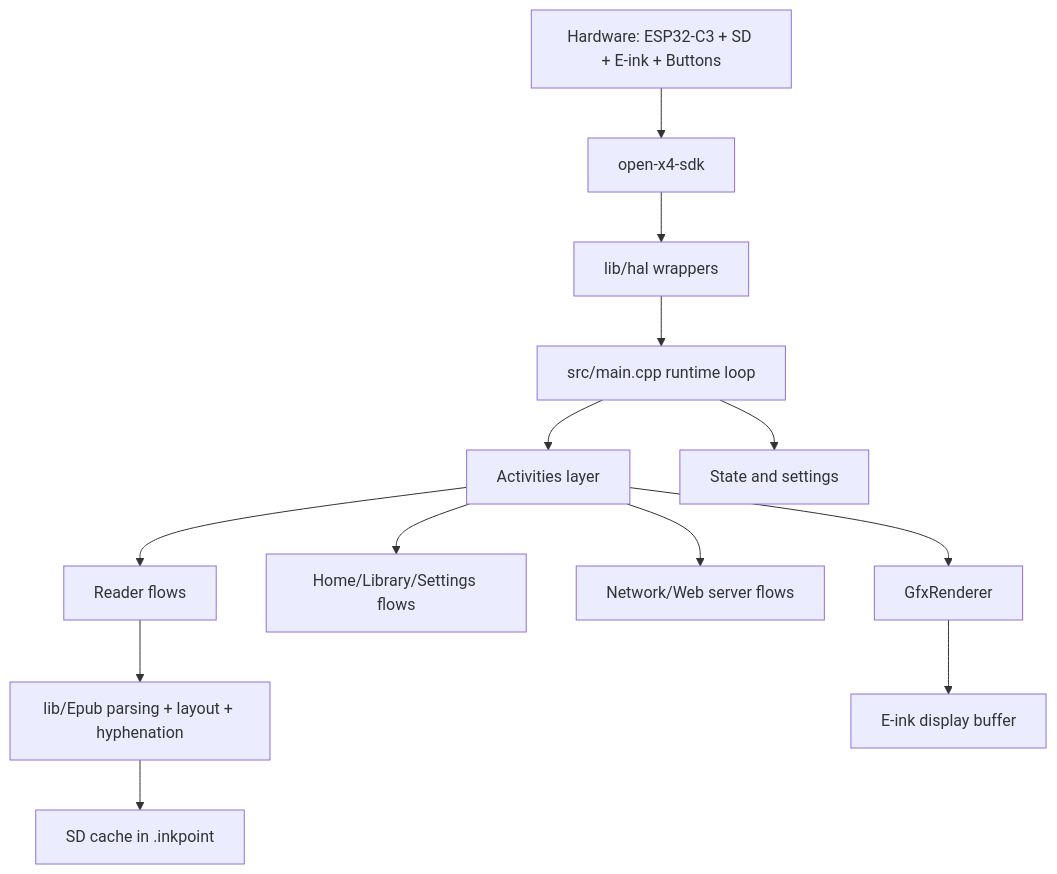
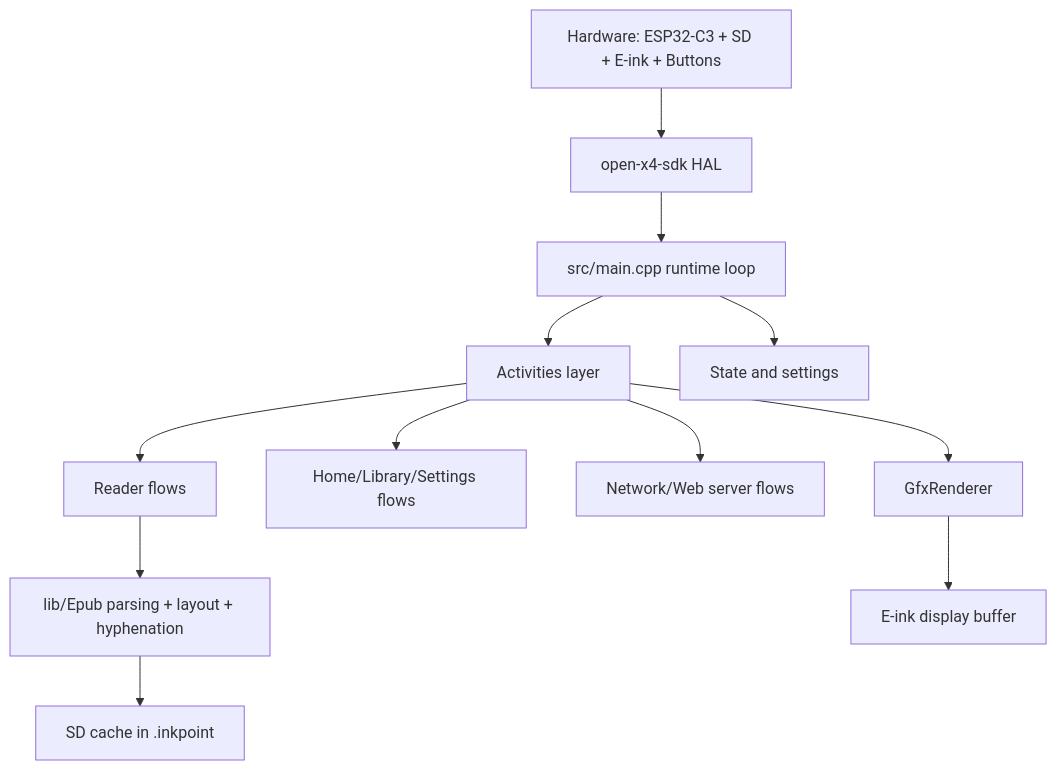
The first of 4 diagrams in docs/contributing/architecture.md (hudsonbrendon/crosspoint-reader), drawn with Mermaid before and after one commit. The commit also changed other lines of this file and 117 other files, not shown here.

````diff
--- a/docs/contributing/architecture.md
+++ b/docs/contributing/architecture.md
@@ -9,15 +9,14 @@
 ```mermaid
 graph TD
-    A[Hardware: ESP32-C3 + SD + E-ink + Buttons] --> B[open-x4-sdk]
-    B --> C[lib/hal wrappers]
-    C --> D[src/main.cpp runtime loop]
-    D --> E[Activities layer]
-    D --> F[State and settings]
-    E --> G[Reader flows]
-    E --> H[Home/Library/Settings flows]
-    E --> I[Network/Web server flows]
-    G --> J[lib/Epub parsing + layout + hyphenation]
-    J --> K[SD cache in .inkpoint]
-    E --> L[GfxRenderer]
-    L --> M[E-ink display buffer]
+    A[Hardware: ESP32-C3 + SD + E-ink + Buttons] --> B[open-x4-sdk HAL]
+    B --> C[src/main.cpp runtime loop]
+    C --> D[Activities layer]
+    C --> E[State and settings]
+    D --> F[Reader flows]
+    D --> G[Home/Library/Settings flows]
+    D --> H[Network/Web server flows]
+    F --> I[lib/Epub parsing + layout + hyphenation]
+    I --> J[SD cache in .inkpoint]
+    D --> K[GfxRenderer]
+    K --> L[E-ink display buffer]
 ```
````
